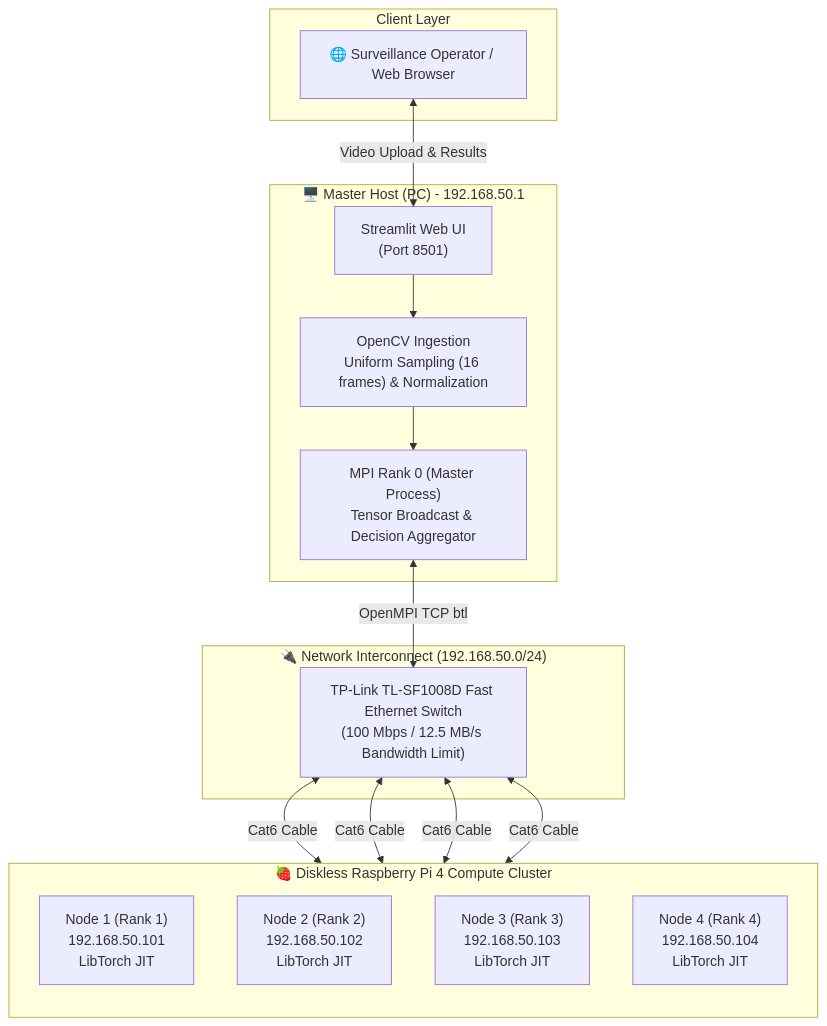
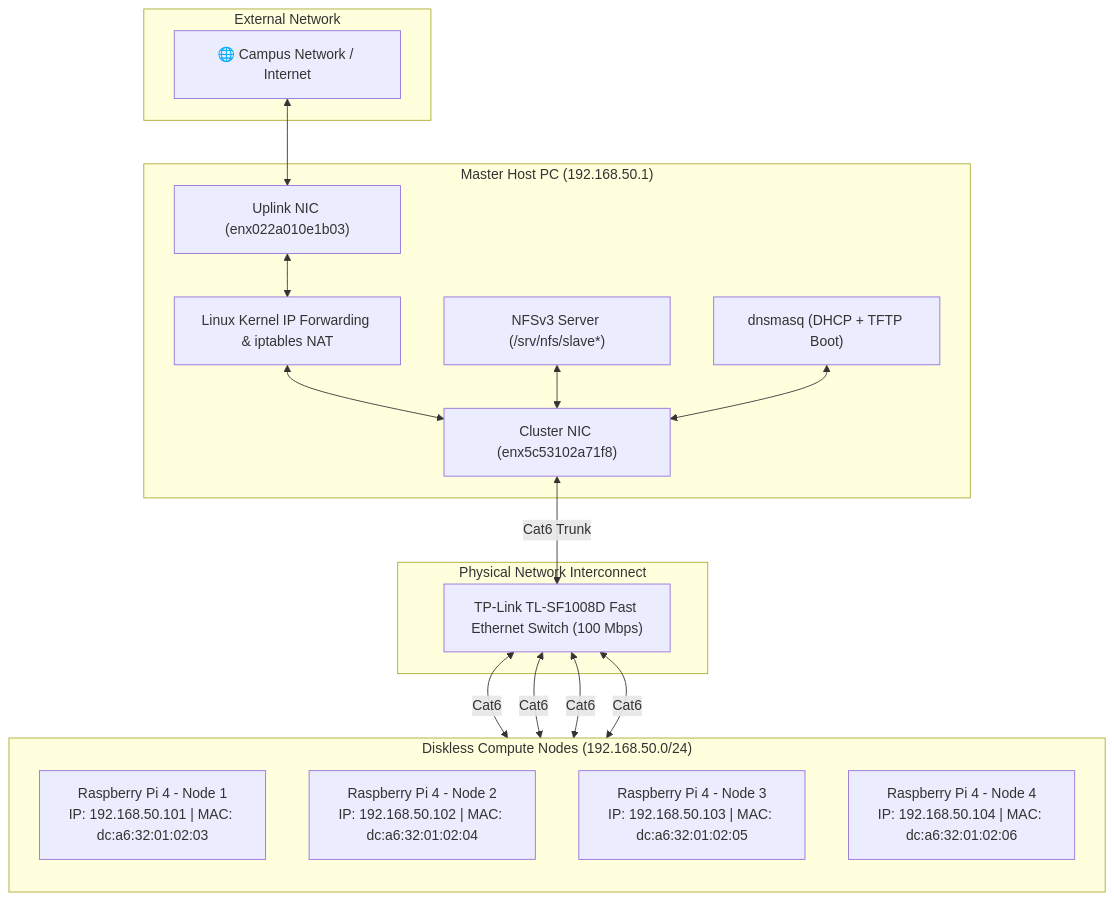
Before and after one commit to Baraebld/Low-Cost-HPC-Cluster-using-MPI-for-Real-Time-Violence-Detection: the first of 3 diagrams in README.md, drawn with Mermaid. The commit also changed other lines of this file and 2 other files, not shown here.

First line of the commit message:
docs: integrate physical cluster photograph and enhance technical documentation

````diff
--- a/README.md
+++ b/README.md
@@ -47,33 +73,36 @@
 ```mermaid
 graph TB
-    subgraph Client ["Client Layer"]
-        User["🌐 Surveillance Operator / Web Browser"]
+    subgraph Uplink ["External Network"]
+        Internet["🌐 Campus Network / Internet"]
     end
 
-    subgraph Master ["🖥️ Master Host (PC) - 192.168.50.1"]
-        UI["Streamlit Web UI<br/>(Port 8501)"]
-        Preproc["OpenCV Ingestion<br/>Uniform Sampling (16 frames) & Normalization"]
-        MPI_Rank0["MPI Rank 0 (Master Process)<br/>Tensor Broadcast & Decision Aggregator"]
+    subgraph Host ["Master Host PC (192.168.50.1)"]
+        NIC_WAN["Uplink NIC (enx022a010e1b03)"]
+        NAT_Router["Linux Kernel IP Forwarding & iptables NAT"]
+        NFS_Daemon["NFSv3 Server (/srv/nfs/slave*)"]
+        DNSMASQ_Daemon["dnsmasq (DHCP + TFTP Boot)"]
+        NIC_LAN["Cluster NIC (enx5c53102a71f8)"]
     end
 
-    subgraph Fabric ["🔌 Network Interconnect (192.168.50.0/24)"]
-        Switch["TP-Link TL-SF1008D Fast Ethernet Switch<br/>(100 Mbps / 12.5 MB/s Bandwidth Limit)"]
+    subgraph Fabric ["Physical Network Interconnect"]
+        Switch["TP-Link TL-SF1008D Fast Ethernet Switch (100 Mbps)"]
     end
 
-    subgraph Workers ["🍓 Diskless Raspberry Pi 4 Compute Cluster"]
+    subgraph Cluster ["Diskless Compute Nodes (192.168.50.0/24)"]
         direction TB
-        Pi1["Node 1 (Rank 1)<br/>192.168.50.101<br/>LibTorch JIT"]
-        Pi2["Node 2 (Rank 2)<br/>192.168.50.102<br/>LibTorch JIT"]
-        Pi3["Node 3 (Rank 3)<br/>192.168.50.103<br/>LibTorch JIT"]
-        Pi4["Node 4 (Rank 4)<br/>192.168.50.104<br/>LibTorch JIT"]
+        Pi1["Raspberry Pi 4 - Node 1<br/>IP: 192.168.50.101 | MAC: dc:a6:32:01:02:03"]
+        Pi2["Raspberry Pi 4 - Node 2<br/>IP: 192.168.50.102 | MAC: dc:a6:32:01:02:04"]
+        Pi3["Raspberry Pi 4 - Node 3<br/>IP: 192.168.50.103 | MAC: dc:a6:32:01:02:05"]
+        Pi4["Raspberry Pi 4 - Node 4<br/>IP: 192.168.50.104 | MAC: dc:a6:32:01:02:06"]
     end
 
-    User <-->|Video Upload & Results| UI
-    UI --> Preproc
-    Preproc --> MPI_Rank0
-    MPI_Rank0 <-->|OpenMPI TCP btl| Switch
-    Switch <-->|Cat6 Cable| Pi1
-    Switch <-->|Cat6 Cable| Pi2
-    Switch <-->|Cat6 Cable| Pi3
-    Switch <-->|Cat6 Cable| Pi4
+    Internet <--> NIC_WAN
+    NIC_WAN <--> NAT_Router <--> NIC_LAN
+    NFS_Daemon <--> NIC_LAN
+    DNSMASQ_Daemon <--> NIC_LAN
+    NIC_LAN <-->|Cat6 Trunk| Switch
+    Switch <-->|Cat6| Pi1
+    Switch <-->|Cat6| Pi2
+    Switch <-->|Cat6| Pi3
+    Switch <-->|Cat6| Pi4
 ```
````
